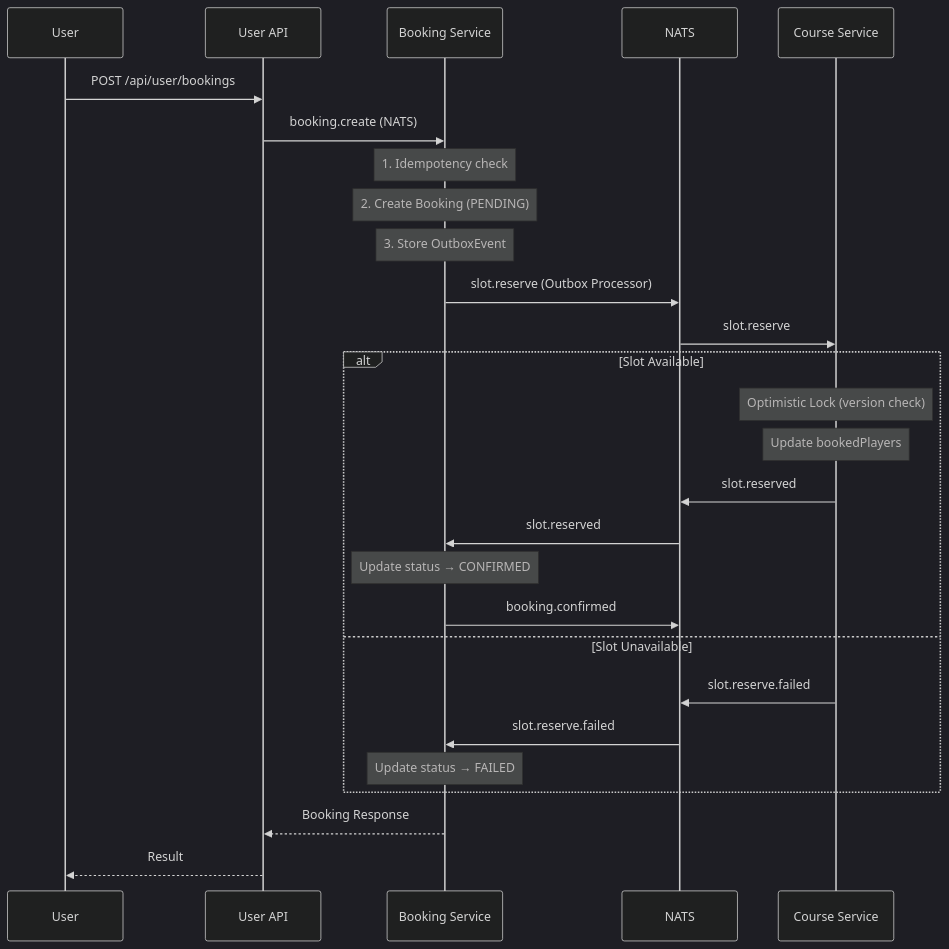
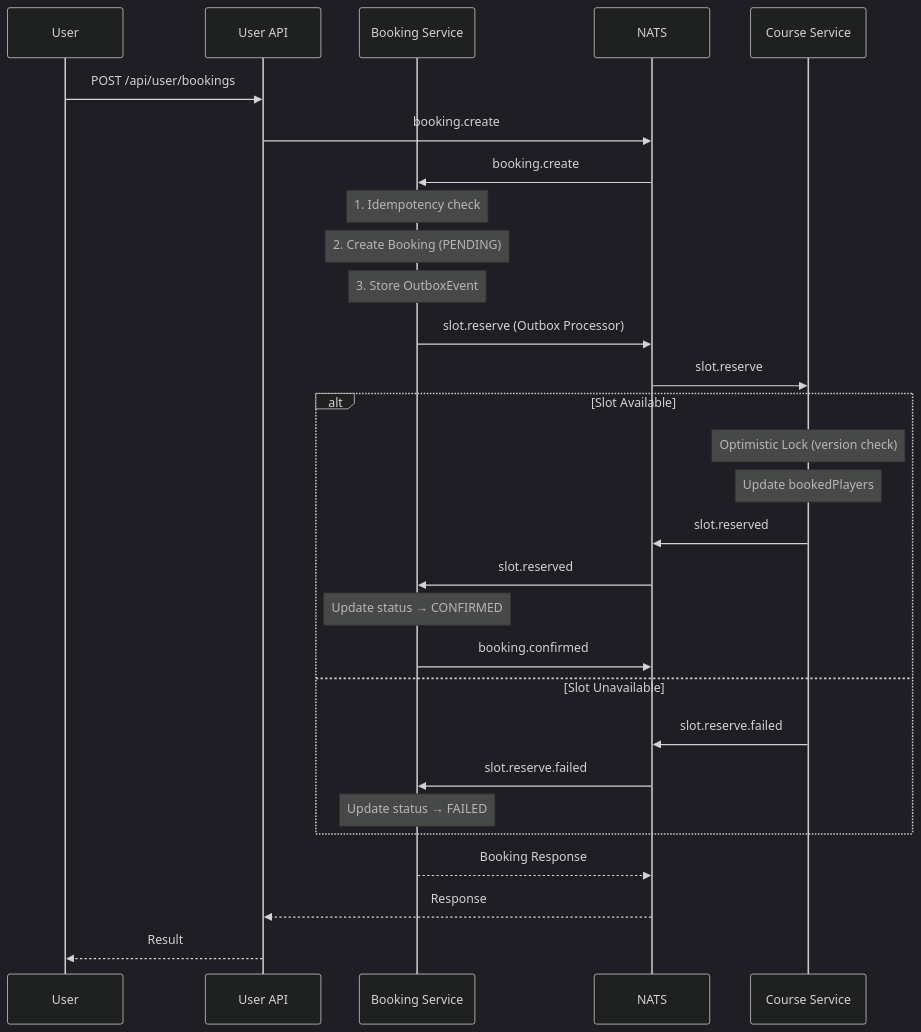
Before and after one commit to uniyous/parkgolf-platform: the fourth of 8 diagrams in docs/ARCHITECTURE.md, drawn with Mermaid (dark theme). The commit also changed other lines of this file and 2 other files, not shown here.

````diff
--- a/docs/ARCHITECTURE.md
+++ b/docs/ARCHITECTURE.md
@@ -684,34 +596,36 @@
 ```mermaid
 sequenceDiagram
     participant U as User
     participant UAPI as User API
     participant BOOK as Booking Service
     participant NATS as NATS
     participant COURSE as Course Service
 
     U->>UAPI: POST /api/user/bookings
-    UAPI->>BOOK: booking.create (NATS)
+    UAPI->>NATS: booking.create
+    NATS->>BOOK: booking.create
 
     Note over BOOK: 1. Idempotency check
     Note over BOOK: 2. Create Booking (PENDING)
     Note over BOOK: 3. Store OutboxEvent
 
     BOOK->>NATS: slot.reserve (Outbox Processor)
     NATS->>COURSE: slot.reserve
 
     alt Slot Available
         Note over COURSE: Optimistic Lock (version check)
         Note over COURSE: Update bookedPlayers
         COURSE->>NATS: slot.reserved
         NATS->>BOOK: slot.reserved
         Note over BOOK: Update status → CONFIRMED
         BOOK->>NATS: booking.confirmed
     else Slot Unavailable
         COURSE->>NATS: slot.reserve.failed
         NATS->>BOOK: slot.reserve.failed
         Note over BOOK: Update status → FAILED
     end
 
-    BOOK-->>UAPI: Booking Response
+    BOOK-->>NATS: Booking Response
+    NATS-->>UAPI: Response
     UAPI-->>U: Result
 ```
````
